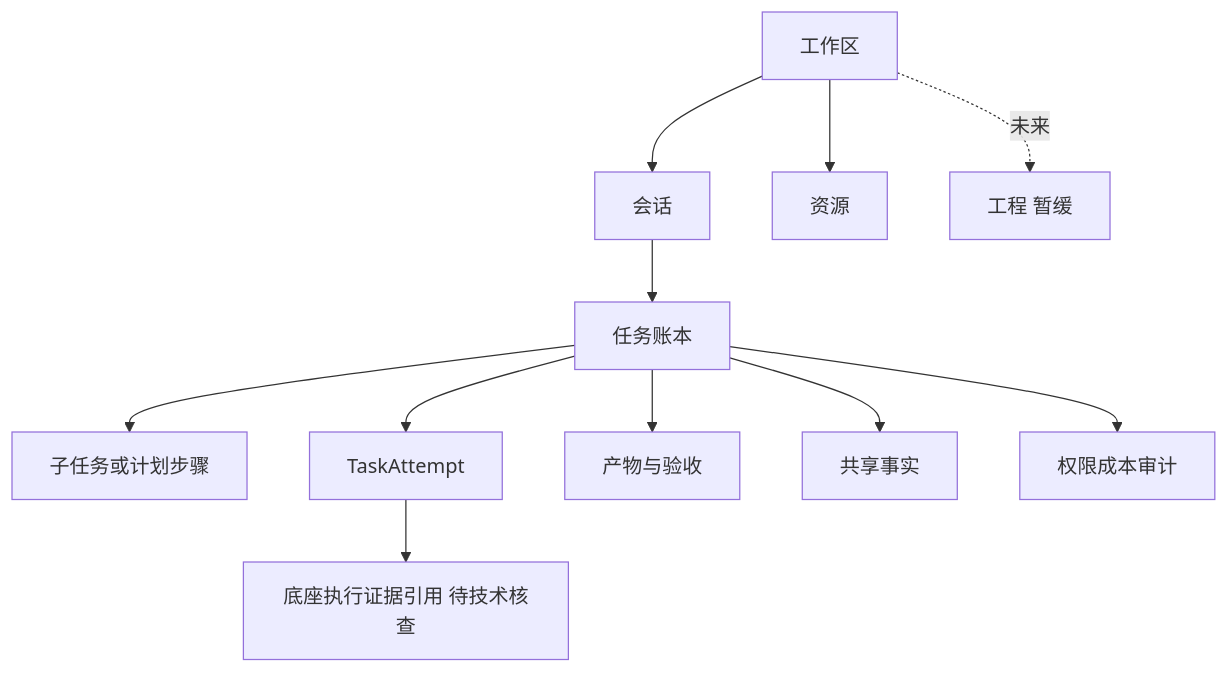
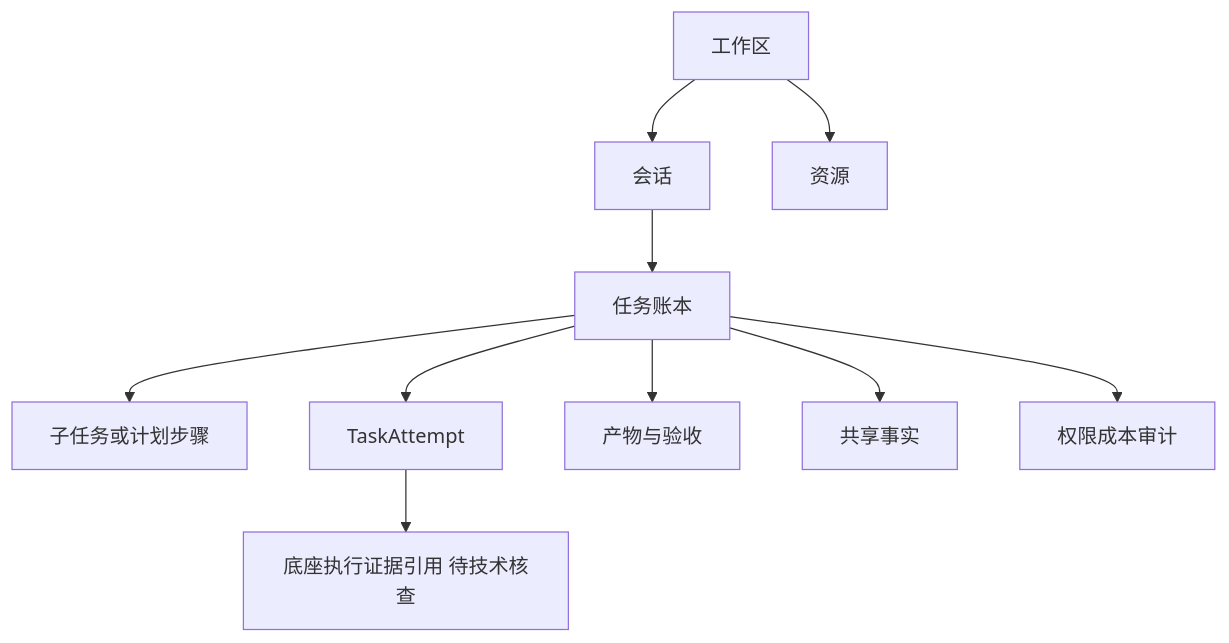
The fifth of 5 diagrams in docs/01-产品/PRD-01-Magic产品总览.md (liu629711-spec/Magic), drawn with Mermaid before and after one commit. The commit also changed other lines of this file and 24 other files, not shown here.

Commit message:
docs: reorganize for own-client phase; add own-client architecture doc (09); drop PRD-03/engineering docs

````diff
--- a/docs/01-产品/PRD-01-Magic产品总览.md
+++ b/docs/01-产品/PRD-01-Magic产品总览.md
@@ -228,13 +223,12 @@
 ```mermaid
 flowchart TD
   W[工作区] --> S[会话]
   W --> R[资源]
   S --> T[任务账本]
   T --> ST[子任务或计划步骤]
   T --> AT[TaskAttempt]
   AT --> RUN[底座执行证据引用 待技术核查]
   T --> AR[产物与验收]
   T --> F[共享事实]
   T --> G[权限成本审计]
-  W -.未来.-> P[工程 暂缓]
 ```
````
